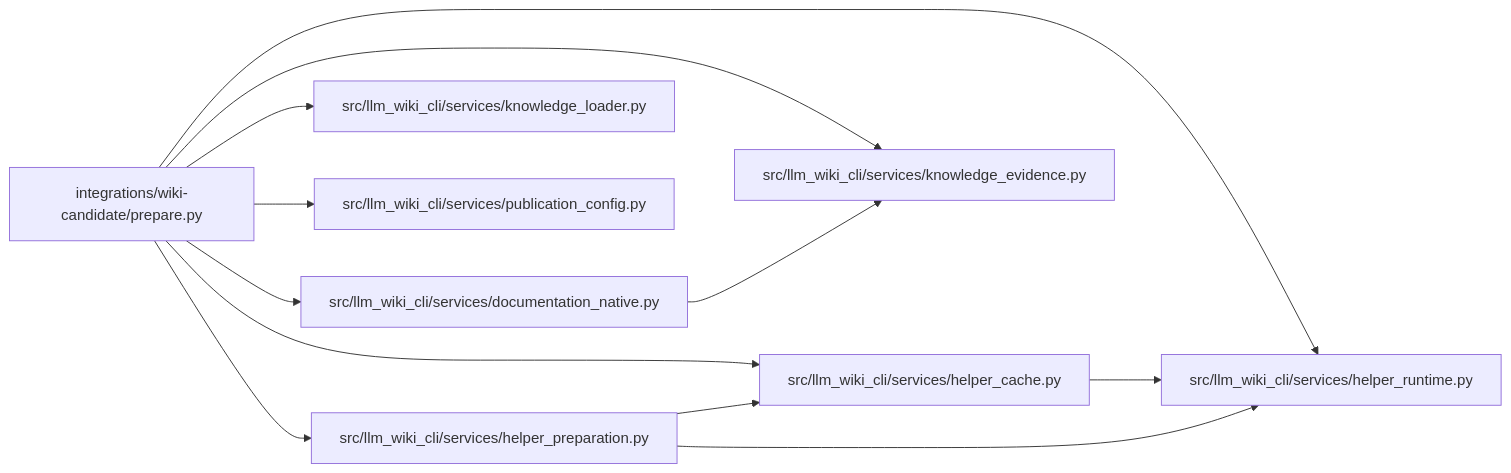
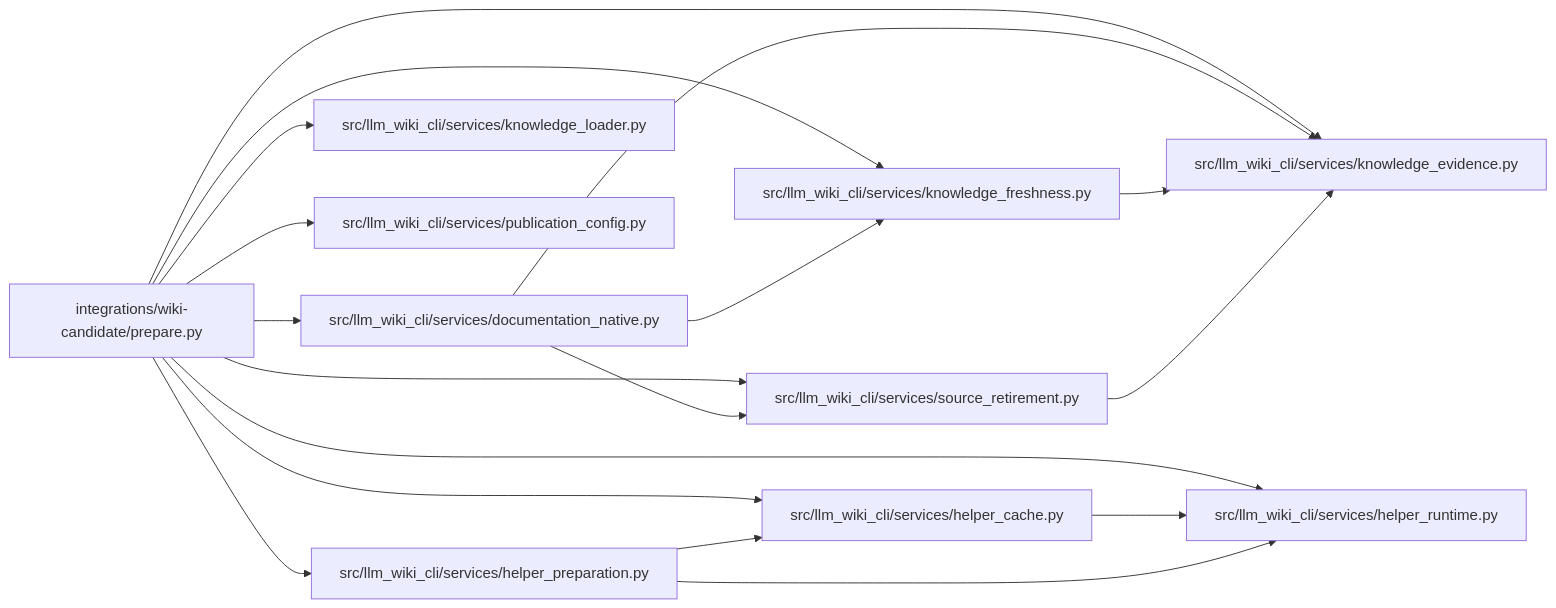
The diagram in docs/llm_wiki/modules/wiki-candidate_prepare.md (Denissvgn/python-wiki-llm), drawn with Mermaid before and after one commit. The commit also changed other lines of this file and 255 other files, not shown here.

````diff
--- a/docs/llm_wiki/modules/wiki-candidate_prepare.md
+++ b/docs/llm_wiki/modules/wiki-candidate_prepare.md
@@ -31,30 +33,40 @@
 ```mermaid
 flowchart LR
     n0["integrations/wiki-candidate/prepare.py"]
     n1["src/llm_wiki_cli/services/documentation_native.py"]
     n2["src/llm_wiki_cli/services/helper_cache.py"]
     n3["src/llm_wiki_cli/services/helper_preparation.py"]
     n4["src/llm_wiki_cli/services/helper_runtime.py"]
     n5["src/llm_wiki_cli/services/knowledge_evidence.py"]
-    n6["src/llm_wiki_cli/services/knowledge_loader.py"]
-    n7["src/llm_wiki_cli/services/publication_config.py"]
+    n6["src/llm_wiki_cli/services/knowledge_freshness.py"]
+    n7["src/llm_wiki_cli/services/knowledge_loader.py"]
+    n8["src/llm_wiki_cli/services/publication_config.py"]
+    n9["src/llm_wiki_cli/services/source_retirement.py"]
     n0 --> n1
     n0 --> n2
     n0 --> n3
     n0 --> n4
     n0 --> n5
     n0 --> n6
     n0 --> n7
+    n0 --> n8
+    n0 --> n9
     n1 --> n5
+    n1 --> n6
+    n1 --> n9
     n2 --> n4
     n3 --> n2
     n3 --> n4
+    n6 --> n5
+    n9 --> n5
     click n0 "../modules/wiki-candidate_prepare.md"
     click n1 "../modules/documentation_native.md"
     click n2 "../modules/helper_cache.md"
     click n3 "../modules/helper_preparation.md"
     click n4 "../modules/helper_runtime.md"
     click n5 "../modules/knowledge_evidence.md"
-    click n6 "../modules/knowledge_loader.md"
-    click n7 "../modules/publication_config.md"
+    click n6 "../modules/knowledge_freshness.md"
+    click n7 "../modules/knowledge_loader.md"
+    click n8 "../modules/publication_config.md"
+    click n9 "../modules/source_retirement.md"
 ```
````
